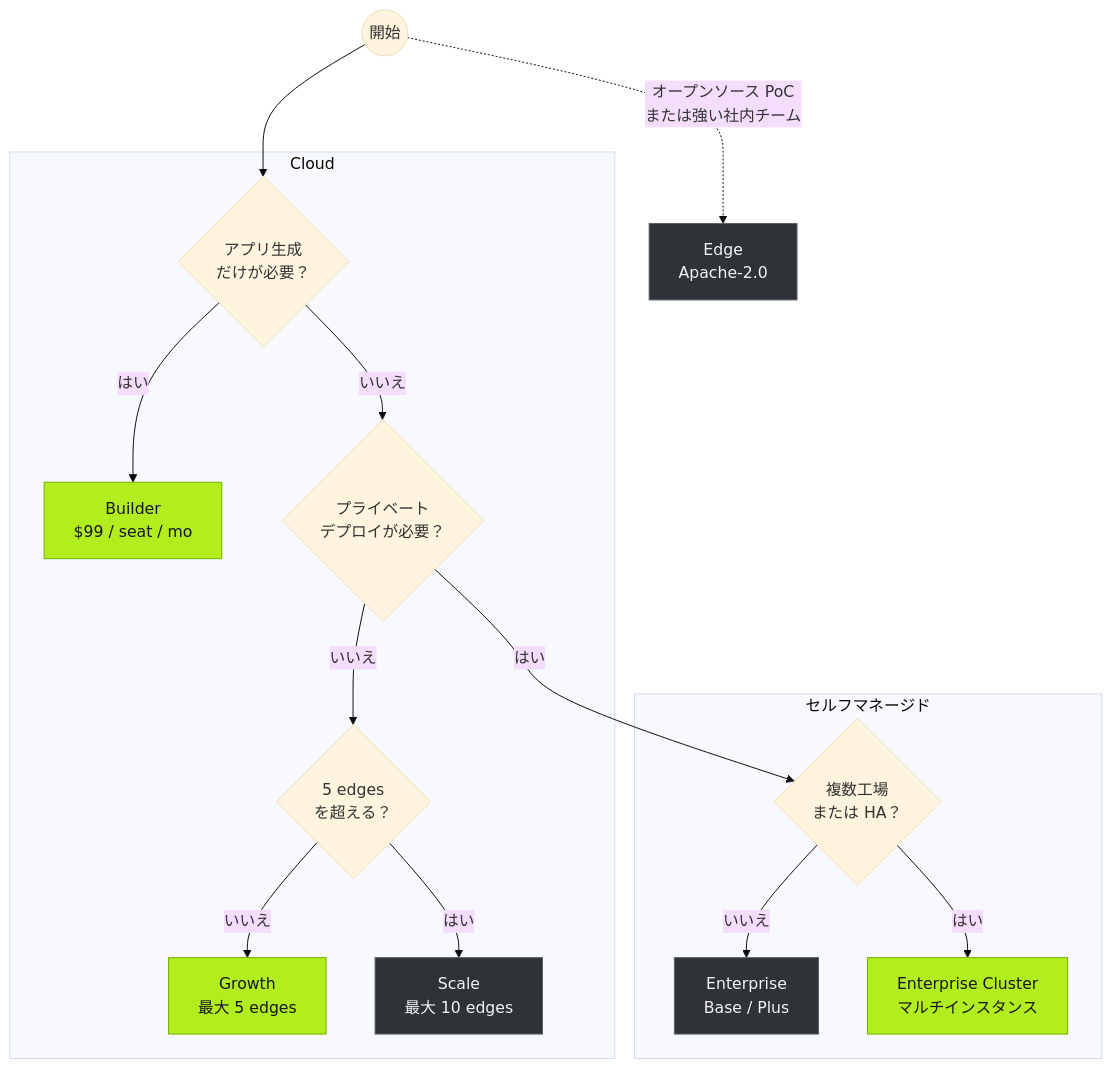
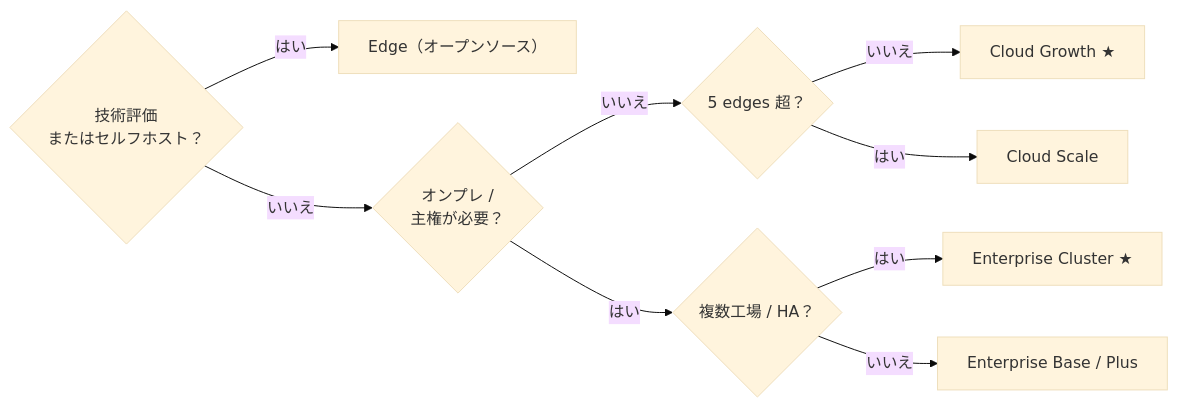
One commit to FREEZONEX/Tier0-docs-site changed the diagram in src/content/docs/ja/get-started/choosing-version.mdx. Above: the diagram before and after it, drawn with Mermaid (base theme). The commit also changed other lines of this file and 5 other files, not shown here.

First line of the commit message:
Align locale pricing boards and tighten Mermaid diagram sizing.

````diff
--- a/src/content/docs/ja/get-started/choosing-version.mdx
+++ b/src/content/docs/ja/get-started/choosing-version.mdx
@@ -119,25 +135,12 @@
 ```mermaid
-flowchart TD
-  start(("開始")) --> appOnly{"アプリ生成<br/>だけが必要？"}
-
-  subgraph cloud["Cloud"]
-    appOnly -- "はい" --> builder["Builder<br/>$99 / seat / mo"]
-    appOnly -- "いいえ" --> selfHost{"プライベート<br/>デプロイが必要？"}
-    selfHost -- "いいえ" --> edgeCount{"5 edges<br/>を超える？"}
-    edgeCount -- "いいえ" --> growth["Growth<br/>最大 5 edges"]
-    edgeCount -- "はい" --> scale["Scale<br/>最大 10 edges"]
-  end
-
-  subgraph selfManaged["セルフマネージド"]
-    selfHost -- "はい" --> multiSite{"複数工場<br/>または HA？"}
-    multiSite -- "いいえ" --> basePlus["Enterprise<br/>Base / Plus"]
-    multiSite -- "はい" --> cluster["Enterprise Cluster<br/>マルチインスタンス"]
-  end
-
-  start -. "オープンソース PoC<br/>または強い社内チーム" .-> edge["Edge<br/>Apache-2.0"]
-
-  classDef t0accent fill:#B2ED1D,stroke:#73B200,color:#171717
-  classDef t0muted fill:#2f3338,stroke:#5a626b,color:#f4f4f4
-  class builder,growth,cluster t0accent
-  class edge,scale,basePlus t0muted
+flowchart LR
+  q1{"技術評価<br/>またはセルフホスト？"} -- "はい" --> edge["Edge（オープンソース）"]
+  q1 -- "いいえ" --> q2{"オンプレ /<br/>主権が必要？"}
+  q2 -- "いいえ" --> q3{"5 edges 超？"}
+  q2 -- "はい" --> q4{"複数工場 / HA？"}
+  q3 -- "いいえ" --> growth["Cloud Growth ★"]
+  q3 -- "はい" --> scale["Cloud Scale"]
+  q4 -- "はい" --> cluster["Enterprise Cluster ★"]
+  q4 -- "いいえ" --> baseplus["Enterprise Base / Plus"]
+  class growth,cluster t0accent
 ```
````
